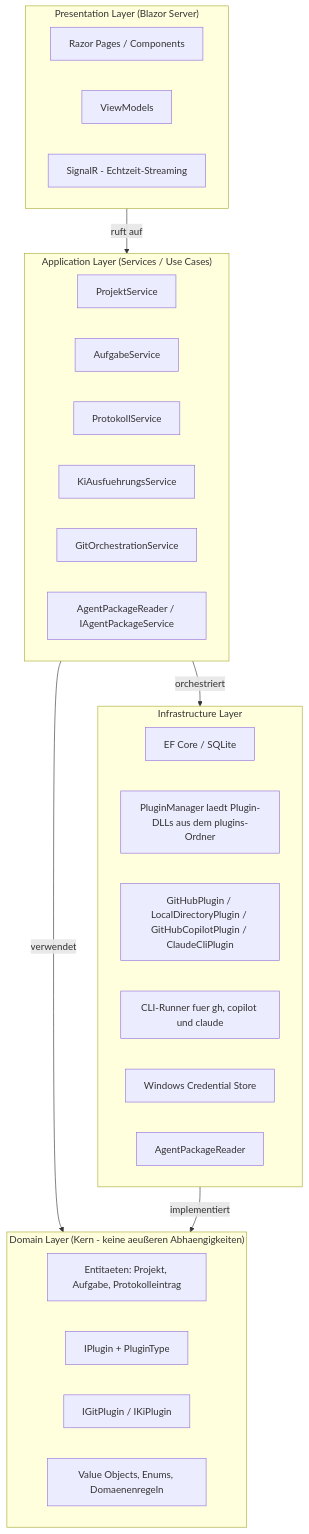
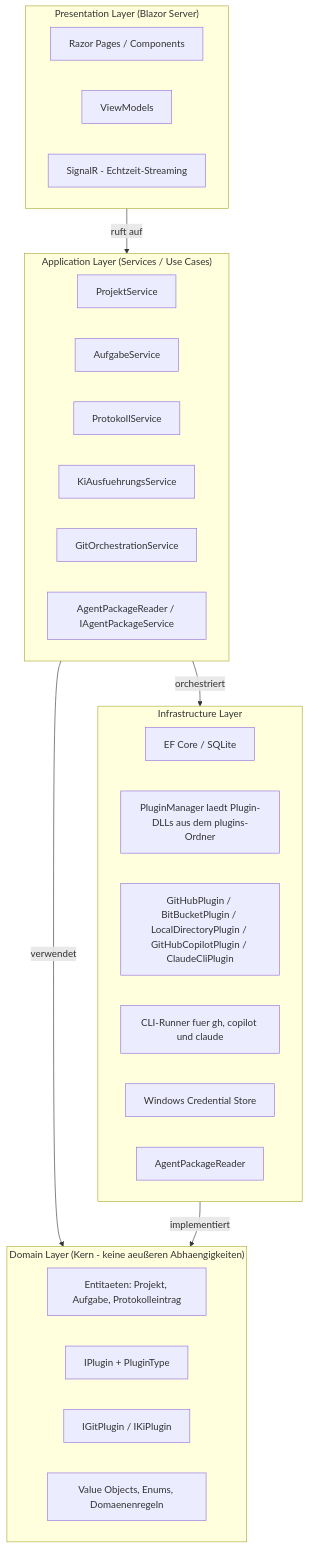
One commit to martin-stromberg/Softwareschmiede changed the diagram in README.md. Above: the diagram before and after it, drawn with Mermaid. The commit also changed other lines of this file and 12 other files, not shown here.

First line of the commit message:
feat: BitBucket Plugin – Self-Hosted-Unterstützung, Settings-Fix und Tests

````diff
--- a/README.md
+++ b/README.md
@@ -758,38 +760,38 @@
 ```mermaid
 flowchart TB
     subgraph Presentation["Presentation Layer (Blazor Server)"]
         PRL1["Razor Pages / Components"]
         PRL2["ViewModels"]
         PRL3["SignalR - Echtzeit-Streaming"]
     end
 
     subgraph Application["Application Layer (Services / Use Cases)"]
         APL1["ProjektService"]
         APL2["AufgabeService"]
         APL3["ProtokollService"]
         APL4["KiAusfuehrungsService"]
         APL5["GitOrchestrationService"]
         APL6["AgentPackageReader / IAgentPackageService"]
     end
 
     subgraph Domain["Domain Layer (Kern - keine aeußeren Abhaengigkeiten)"]
         DOL1["Entitaeten: Projekt, Aufgabe, Protokolleintrag"]
         DOL2["IPlugin + PluginType"]
         DOL3["IGitPlugin / IKiPlugin"]
         DOL4["Value Objects, Enums, Domaenenregeln"]
     end
  
     subgraph Infrastructure["Infrastructure Layer"]
         INL1["EF Core / SQLite"]
         INL2["PluginManager laedt Plugin-DLLs aus dem plugins-Ordner"]
-        INL3["GitHubPlugin / LocalDirectoryPlugin / GitHubCopilotPlugin / ClaudeCliPlugin"]
+        INL3["GitHubPlugin / BitBucketPlugin / LocalDirectoryPlugin / GitHubCopilotPlugin / ClaudeCliPlugin"]
         INL4["CLI-Runner fuer gh, copilot und claude"]
         INL5["Windows Credential Store"]
         INL6["AgentPackageReader"]
     end
 
     Presentation -->|ruft auf| Application
     Application -->|verwendet| Domain
     Application -->|orchestriert| Infrastructure
     Infrastructure -->|implementiert| Domain
 ```
````
